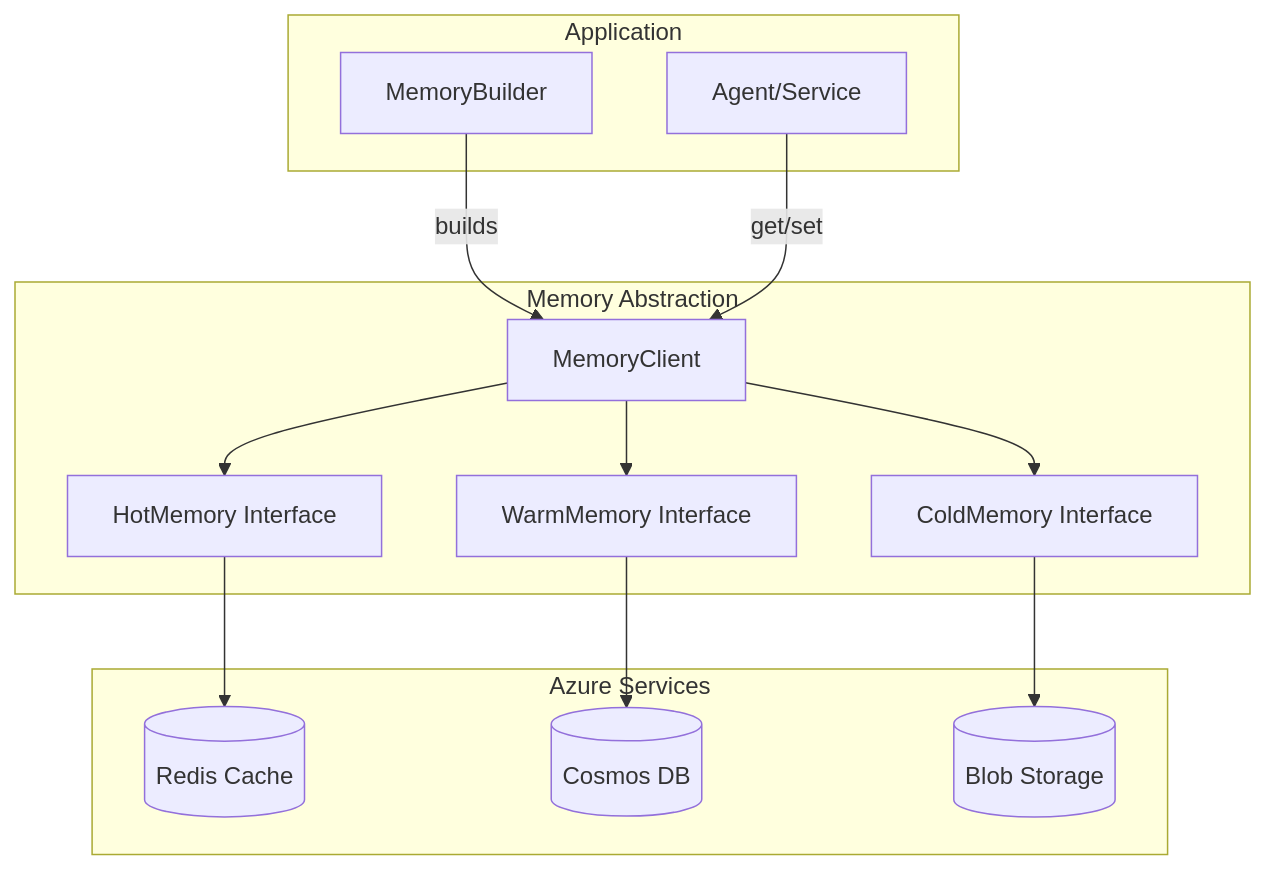
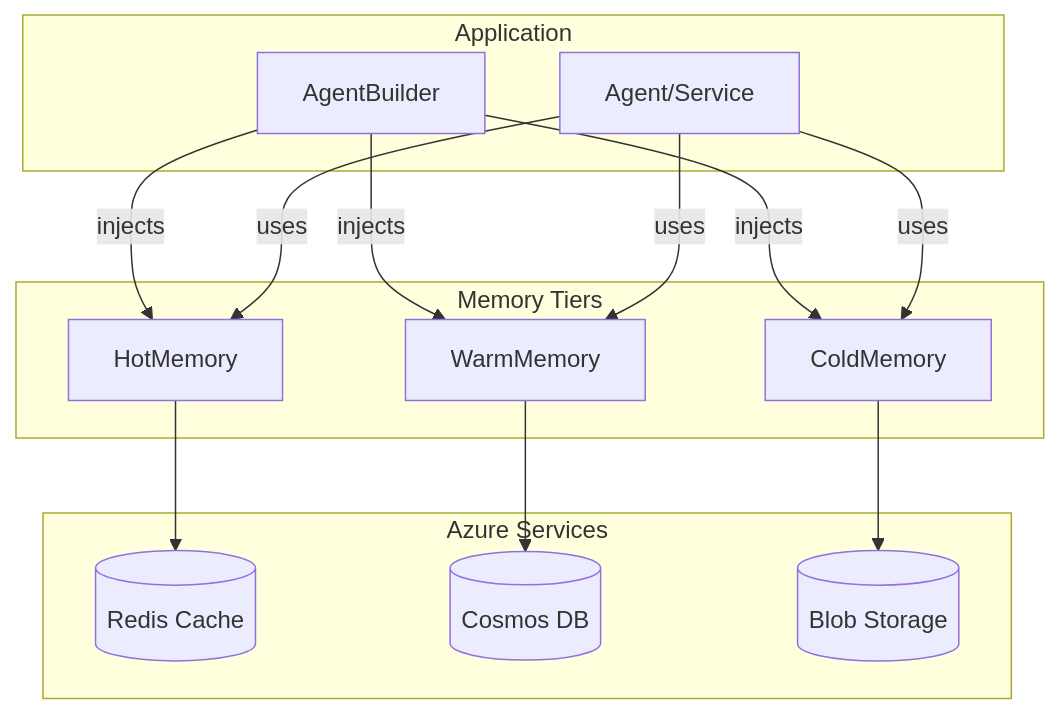
The diagram in docs/architecture/components/libs/memory.md (Azure-Samples/holiday-peak-hub), drawn with Mermaid before and after one commit. The commit also changed other lines of this file and 44 other files, not shown here.

````diff
--- a/docs/architecture/components/libs/memory.md
+++ b/docs/architecture/components/libs/memory.md
@@ -19,29 +19,29 @@
 ```mermaid
 graph TB
     subgraph "Application"
         Agent[Agent/Service]
-        Builder[MemoryBuilder]
+        Builder[AgentBuilder]
     end
     
-    subgraph "Memory Abstraction"
-        MemoryClient[MemoryClient]
-        HotTier[HotMemory Interface]
-        WarmTier[WarmMemory Interface]
-        ColdTier[ColdMemory Interface]
+    subgraph "Memory Tiers"
+        HotTier[HotMemory]
+        WarmTier[WarmMemory]
+        ColdTier[ColdMemory]
     end
     
     subgraph "Azure Services"
         Redis[(Redis Cache)]
         Cosmos[(Cosmos DB)]
         Blob[(Blob Storage)]
     end
     
-    Builder -->|builds| MemoryClient
-    Agent -->|get/set| MemoryClient
-    MemoryClient --> HotTier
-    MemoryClient --> WarmTier
-    MemoryClient --> ColdTier
+    Builder -->|injects| HotTier
+    Builder -->|injects| WarmTier
+    Builder -->|injects| ColdTier
+    Agent -->|uses| HotTier
+    Agent -->|uses| WarmTier
+    Agent -->|uses| ColdTier
     HotTier --> Redis
     WarmTier --> Cosmos
     ColdTier --> Blob
 ```
````
